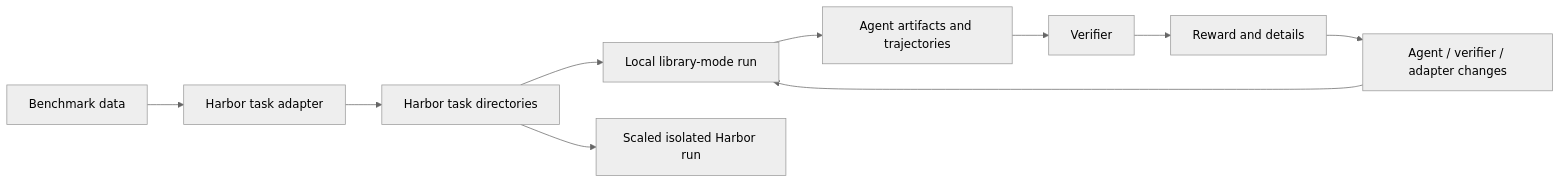
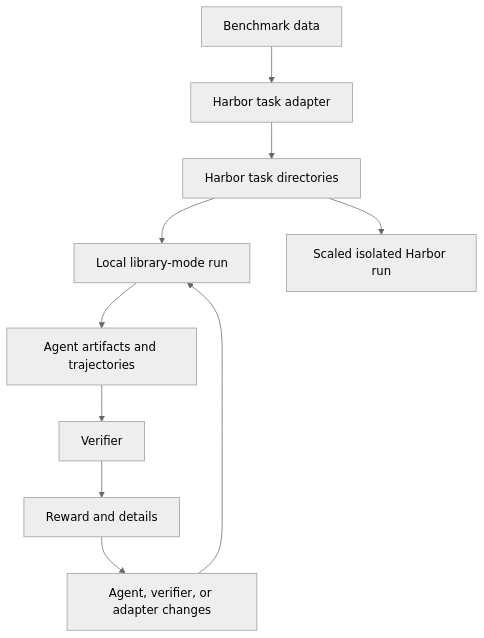
The first of 2 diagrams in packages/nvidia_nat_harbor/harbor-library-mode.md (NVIDIA/NeMo-Agent-Toolkit), drawn with Mermaid (neutral theme) before and after one commit.

Commit message:
Make the mermaid diagram top down for readbility

````diff
--- a/packages/nvidia_nat_harbor/harbor-library-mode.md
+++ b/packages/nvidia_nat_harbor/harbor-library-mode.md
@@ -61,12 +61,12 @@
 ```mermaid
-flowchart LR
+flowchart TD
   A["Benchmark data"] --> B["Harbor task adapter"]
   B --> C["Harbor task directories"]
   C --> D["Local library-mode run"]
   D --> E["Agent artifacts and trajectories"]
   E --> F["Verifier"]
   F --> G["Reward and details"]
-  G --> H["Agent / verifier / adapter changes"]
+  G --> H["Agent, verifier, or adapter changes"]
   H --> D
   C --> I["Scaled isolated Harbor run"]
 ```
````
